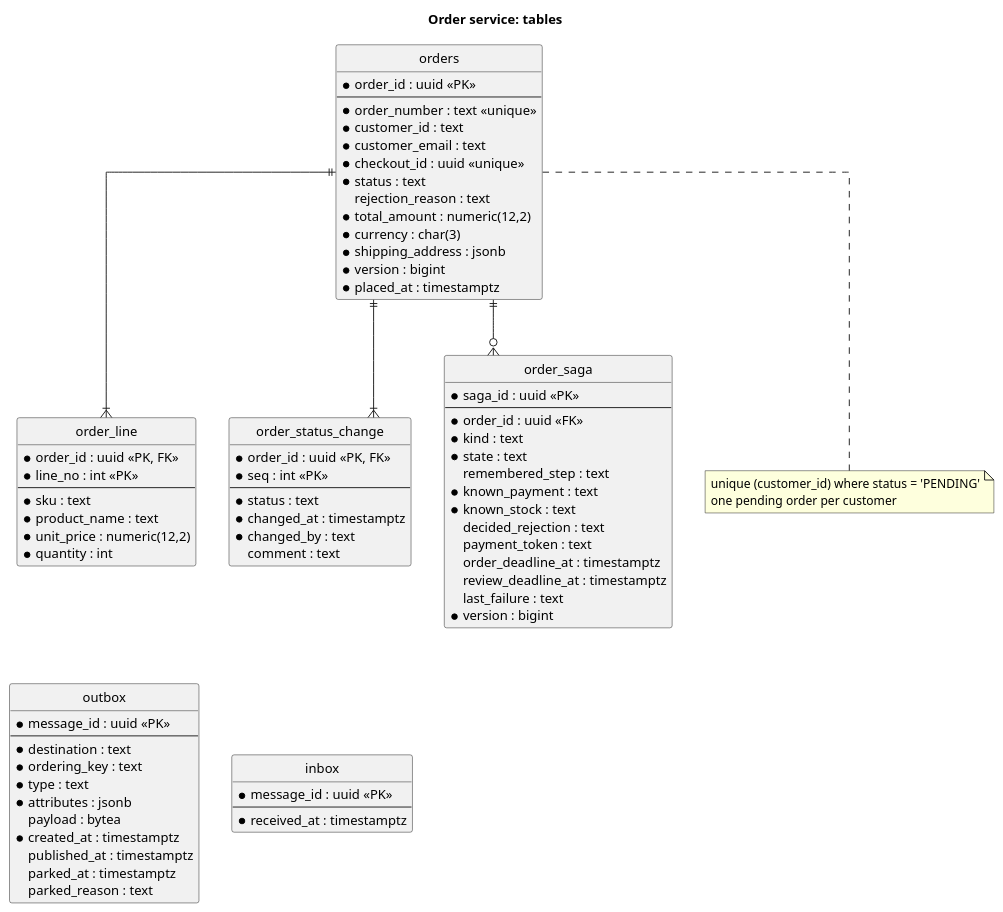
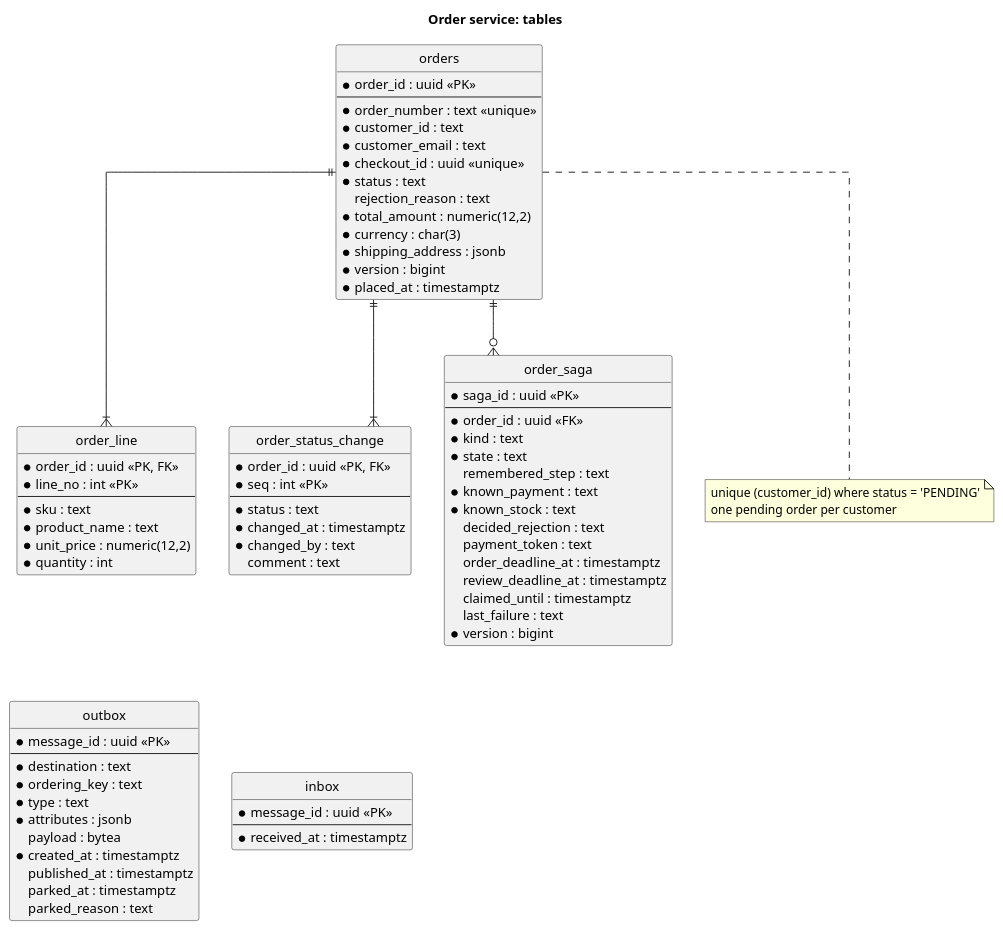
The diagram in doc/2-spec/02-domain-design/diagrams/er-order.puml (AxeloLabs/alten-commerce-platform), drawn with PlantUML before and after one commit. The commit also changed 12 other files, not shown here.

```diff
--- a/doc/2-spec/02-domain-design/diagrams/er-order.puml
+++ b/doc/2-spec/02-domain-design/diagrams/er-order.puml
@@ -1,84 +1,85 @@
 @startuml
 title Order service: tables
 hide circle
 skinparam linetype ortho
 
 entity orders {
   * order_id : uuid <<PK>>
   --
   * order_number : text <<unique>>
   * customer_id : text
   * customer_email : text
   * checkout_id : uuid <<unique>>
   * status : text
   rejection_reason : text
   * total_amount : numeric(12,2)
   * currency : char(3)
   * shipping_address : jsonb
   * version : bigint
   * placed_at : timestamptz
 }
 entity order_line {
   * order_id : uuid <<PK, FK>>
   * line_no : int <<PK>>
   --
   * sku : text
   * product_name : text
   * unit_price : numeric(12,2)
   * quantity : int
 }
 entity order_status_change {
   * order_id : uuid <<PK, FK>>
   * seq : int <<PK>>
   --
   * status : text
   * changed_at : timestamptz
   * changed_by : text
   comment : text
 }
 entity order_saga {
   * saga_id : uuid <<PK>>
   --
   * order_id : uuid <<FK>>
   * kind : text
   * state : text
   remembered_step : text
   * known_payment : text
   * known_stock : text
   decided_rejection : text
   payment_token : text
   order_deadline_at : timestamptz
   review_deadline_at : timestamptz
+  claimed_until : timestamptz
   last_failure : text
   * version : bigint
 }
 entity outbox {
   * message_id : uuid <<PK>>
   --
   * destination : text
   * ordering_key : text
   * type : text
   * attributes : jsonb
   payload : bytea
   * created_at : timestamptz
   published_at : timestamptz
   parked_at : timestamptz
   parked_reason : text
 }
 entity inbox {
   * message_id : uuid <<PK>>
   --
   * received_at : timestamptz
 }
 
 orders ||--|{ order_line
 orders ||--|{ order_status_change
 orders ||--o{ order_saga
 
 note bottom of orders
   unique (customer_id) where status = 'PENDING'
   one pending order per customer
 end note
 order_line -[hidden]down- outbox
 order_status_change -[hidden]down- inbox
 @enduml
```
